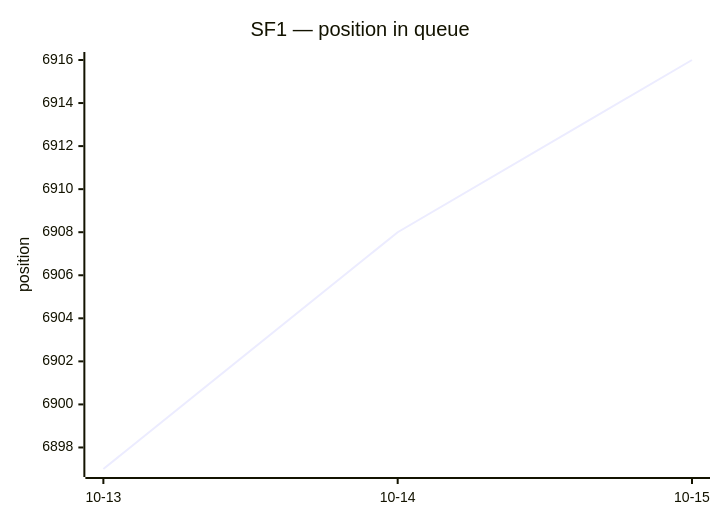
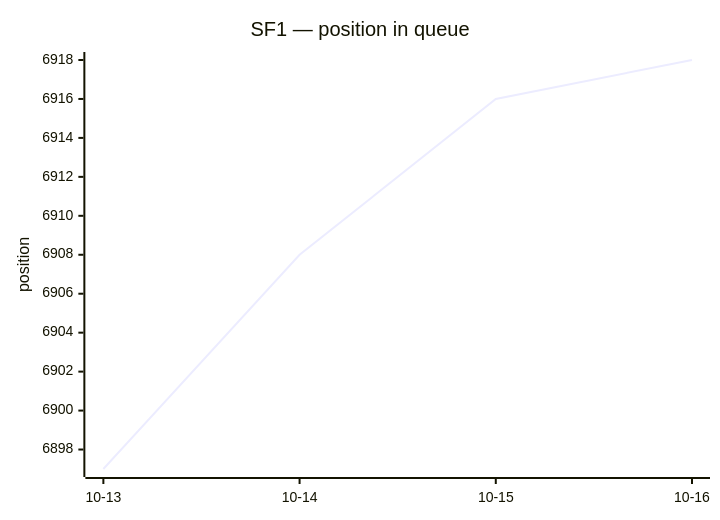
One commit to thyarles/thyarles changed the first of 2 diagrams in queue/README.md. Above: the diagram before and after it, drawn with Mermaid. The commit also changed other lines of this file and 2 other files, not shown here.

````diff
--- a/queue/README.md
+++ b/queue/README.md
@@ -20,7 +20,7 @@
 ```mermaid
 xychart-beta
   title "SF1 — position in queue"
-  x-axis ["10-13", "10-14", "10-15"]
+  x-axis ["10-13", "10-14", "10-15", "10-16"]
   y-axis "position"
-  line [6897, 6908, 6916]
+  line [6897, 6908, 6916, 6918]
 ```
````
